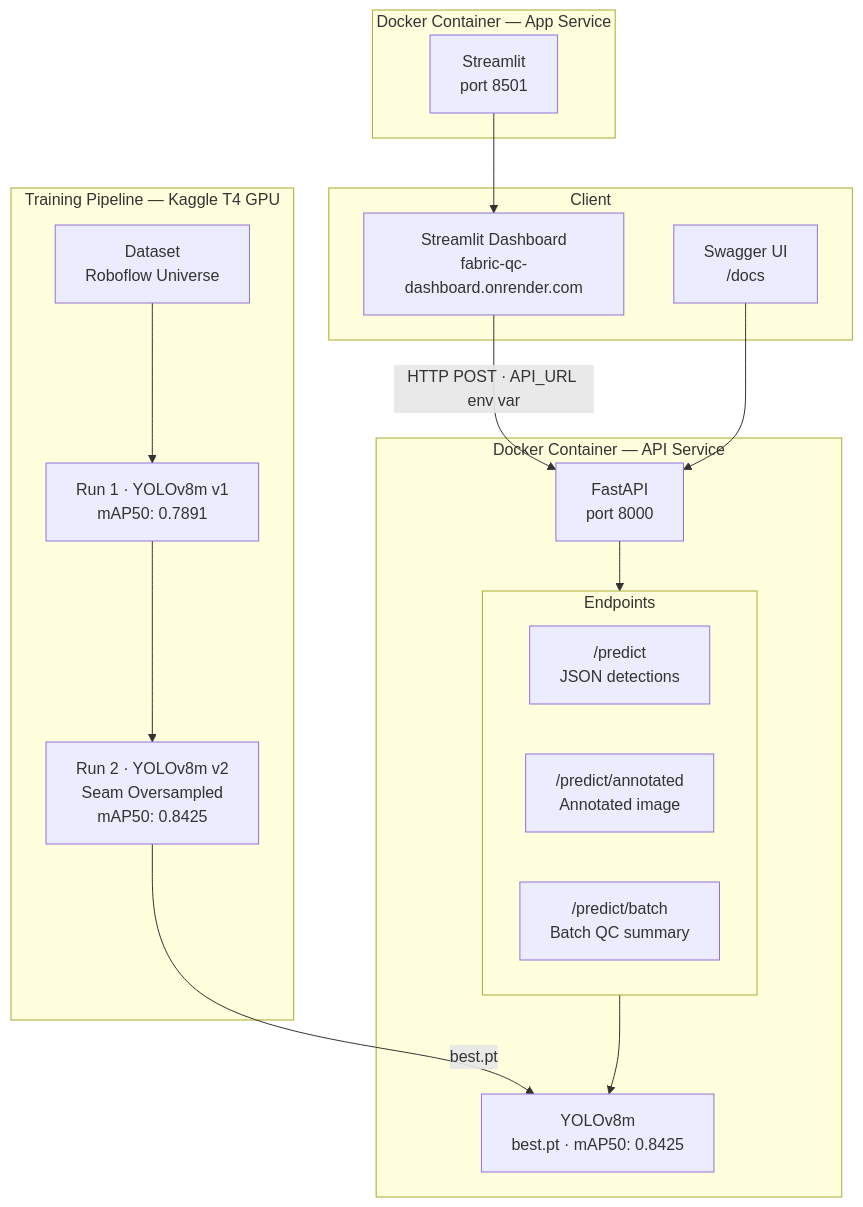
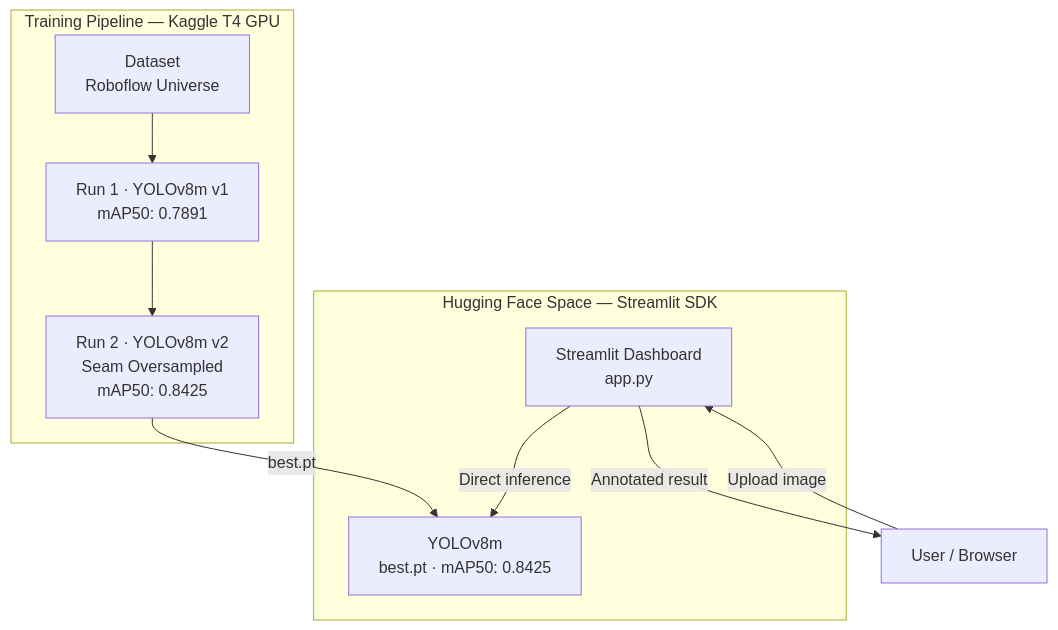
Before and after one commit to rahhhmann/Fabric-Defect-Detector: the diagram in README.md, drawn with Mermaid. The commit also changed other lines of this file, not shown here.

````diff
--- a/README.md
+++ b/README.md
@@ -60,35 +57,19 @@
 ```mermaid
 flowchart TD
-    subgraph CLIENT["Client"]
-        UI["Streamlit Dashboard\nfabric-qc-dashboard.onrender.com"]
-        SWAGGER["Swagger UI\n/docs"]
-    end
-
-    subgraph API_SERVICE["Docker Container — API Service"]
-        FW["FastAPI\nport 8000"]
+    subgraph HF_SPACE["Hugging Face Space — Streamlit SDK"]
+        UI["Streamlit Dashboard\napp.py"]
         MODEL["YOLOv8m\nbest.pt · mAP50: 0.8425"]
-        subgraph ENDPOINTS["Endpoints"]
-            E1["/predict\nJSON detections"]
-            E2["/predict/annotated\nAnnotated image"]
-            E3["/predict/batch\nBatch QC summary"]
-        end
-        FW --> ENDPOINTS
-        ENDPOINTS --> MODEL
-    end
-
-    subgraph APP_SERVICE["Docker Container — App Service"]
-        ST["Streamlit\nport 8501"]
+        UI -->|"Direct inference"| MODEL
     end
 
     subgraph TRAINING["Training Pipeline — Kaggle T4 GPU"]
         DS["Dataset\nRoboflow Universe"]
         RUN1["Run 1 · YOLOv8m v1\nmAP50: 0.7891"]
         RUN2["Run 2 · YOLOv8m v2\nSeam Oversampled\nmAP50: 0.8425"]
         DS --> RUN1 --> RUN2
         RUN2 -->|best.pt| MODEL
     end
 
-    UI -->|"HTTP POST · API_URL env var"| FW
-    SWAGGER --> FW
-    ST --> UI
+    USER["User / Browser"] -->|"Upload image"| UI
+    UI -->|"Annotated result"| USER
 ```
````
